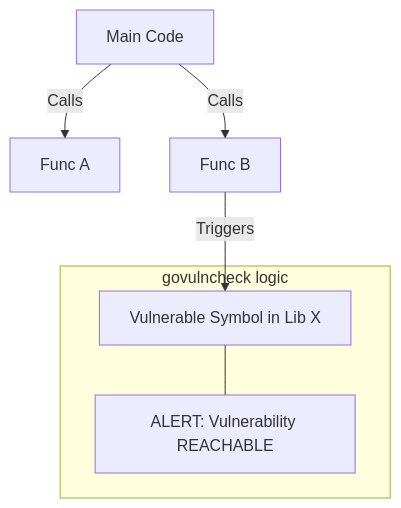
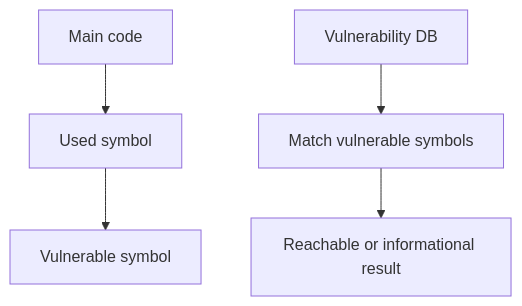
The diagram in RAK-03-evolution/SR-01-module-system/BK-03-maintenance-security/CH-02-security-audit/README.md (syahputrawork98-sketch/Golang-Knowledge-Base), drawn with Mermaid before and after one commit. The commit also changed other lines of this file and 32 other files, not shown here.

````diff
--- a/RAK-03-evolution/SR-01-module-system/BK-03-maintenance-security/CH-02-security-audit/README.md
+++ b/RAK-03-evolution/SR-01-module-system/BK-03-maintenance-security/CH-02-security-audit/README.md
@@ -36,10 +35,7 @@
 ```mermaid
 graph TD
-    App[Main Code] -->|Calls| Safe[Func A]
-    App -->|Calls| Entry[Func B]
-    Entry -->|Triggers| Vulnerable[Vulnerable Symbol in Lib X]
-    
-    subgraph "govulncheck logic"
-    Vulnerable --- Alert[ALERT: Vulnerability REACHABLE]
-    end
+    App[Main code] --> Entry[Used symbol]
+    Entry --> Vulnerable[Vulnerable symbol]
+    DB[Vulnerability DB] --> Match[Match vulnerable symbols]
+    Match --> Report[Reachable or informational result]
 ```
````
